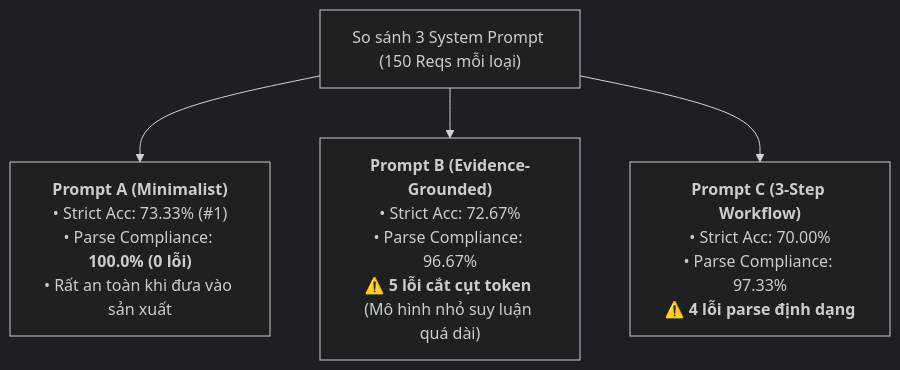
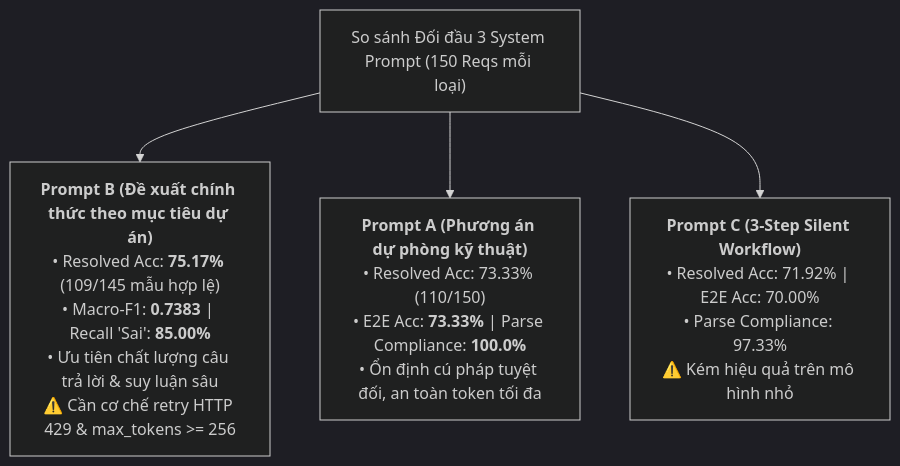
One commit to TrieuTruong018/ViChartQA changed the second of 5 diagrams in proccess_balanced/01_BAO_CAO_TONG_KET_BENCHMARK_10_MODEL_VA_PROMPT_FACTCHECK.md. Above: the diagram before and after it, drawn with Mermaid (dark theme). The commit also changed other lines of this file and 3 other files, not shown here.

Commit message:
docs: chuyen khuyen nghi sang Prompt B theo muc tieu du an va bo sung bang so sanh chi tiet 7 tieu chi

````diff
--- a/proccess_balanced/01_BAO_CAO_TONG_KET_BENCHMARK_10_MODEL_VA_PROMPT_FACTCHECK.md
+++ b/proccess_balanced/01_BAO_CAO_TONG_KET_BENCHMARK_10_MODEL_VA_PROMPT_FACTCHECK.md
@@ -362,6 +365,6 @@
 ```mermaid
 graph TD
-    A["So sánh 3 System Prompt (150 Reqs mỗi loại)"] --> B["<b>Prompt A (Minimalist)</b><br/>• Strict Acc: 73.33% (#1)<br/>• Parse Compliance: <b>100.0% (0 lỗi)</b><br/>• Rất an toàn khi đưa vào sản xuất"]
-    A --> C["<b>Prompt B (Evidence-Grounded)</b><br/>• Strict Acc: 72.67%<br/>• Parse Compliance: 96.67%<br/>⚠️ <b>5 lỗi cắt cụt token</b> (Mô hình nhỏ suy luận quá dài)"]
-    A --> D["<b>Prompt C (3-Step Workflow)</b><br/>• Strict Acc: 70.00%<br/>• Parse Compliance: 97.33%<br/>⚠️ <b>4 lỗi parse định dạng</b>"]
+    A["So sánh Đối đầu 3 System Prompt (150 Reqs mỗi loại)"] --> B["<b>Prompt B (Đề xuất chính thức theo mục tiêu dự án)</b><br/>• Resolved Acc: <b>75.17%</b> (109/145 mẫu hợp lệ)<br/>• Macro-F1: <b>0.7383</b> | Recall 'Sai': <b>85.00%</b><br/>• Ưu tiên chất lượng câu trả lời & suy luận sâu<br/>⚠️ Cần cơ chế retry HTTP 429 & max_tokens >= 256"]
+    A --> C["<b>Prompt A (Phương án dự phòng kỹ thuật)</b><br/>• Resolved Acc: 73.33% (110/150)<br/>• E2E Acc: <b>73.33%</b> | Parse Compliance: <b>100.0%</b><br/>• Ổn định cú pháp tuyệt đối, an toàn token tối đa"]
+    A --> D["<b>Prompt C (3-Step Silent Workflow)</b><br/>• Resolved Acc: 71.92% | E2E Acc: 70.00%<br/>• Parse Compliance: 97.33%<br/>⚠️ Kém hiệu quả trên mô hình nhỏ"]
 ```
````
